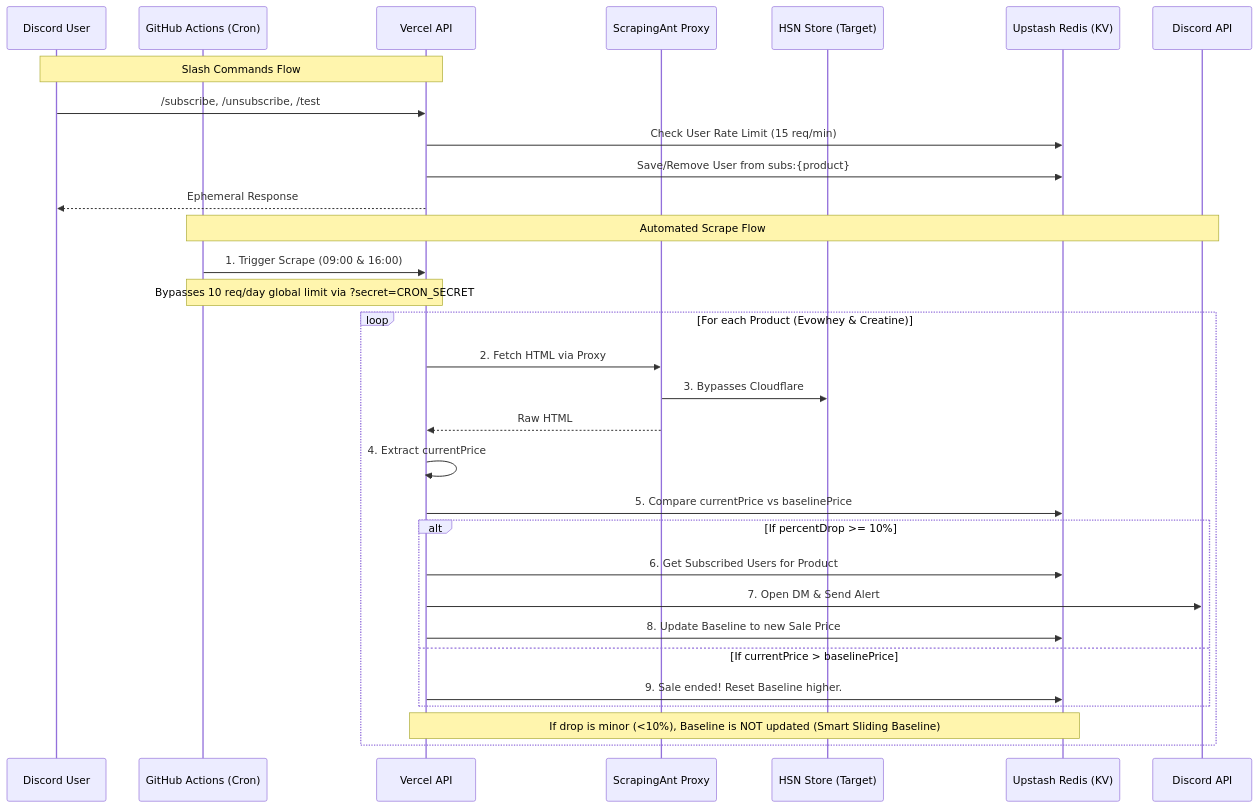
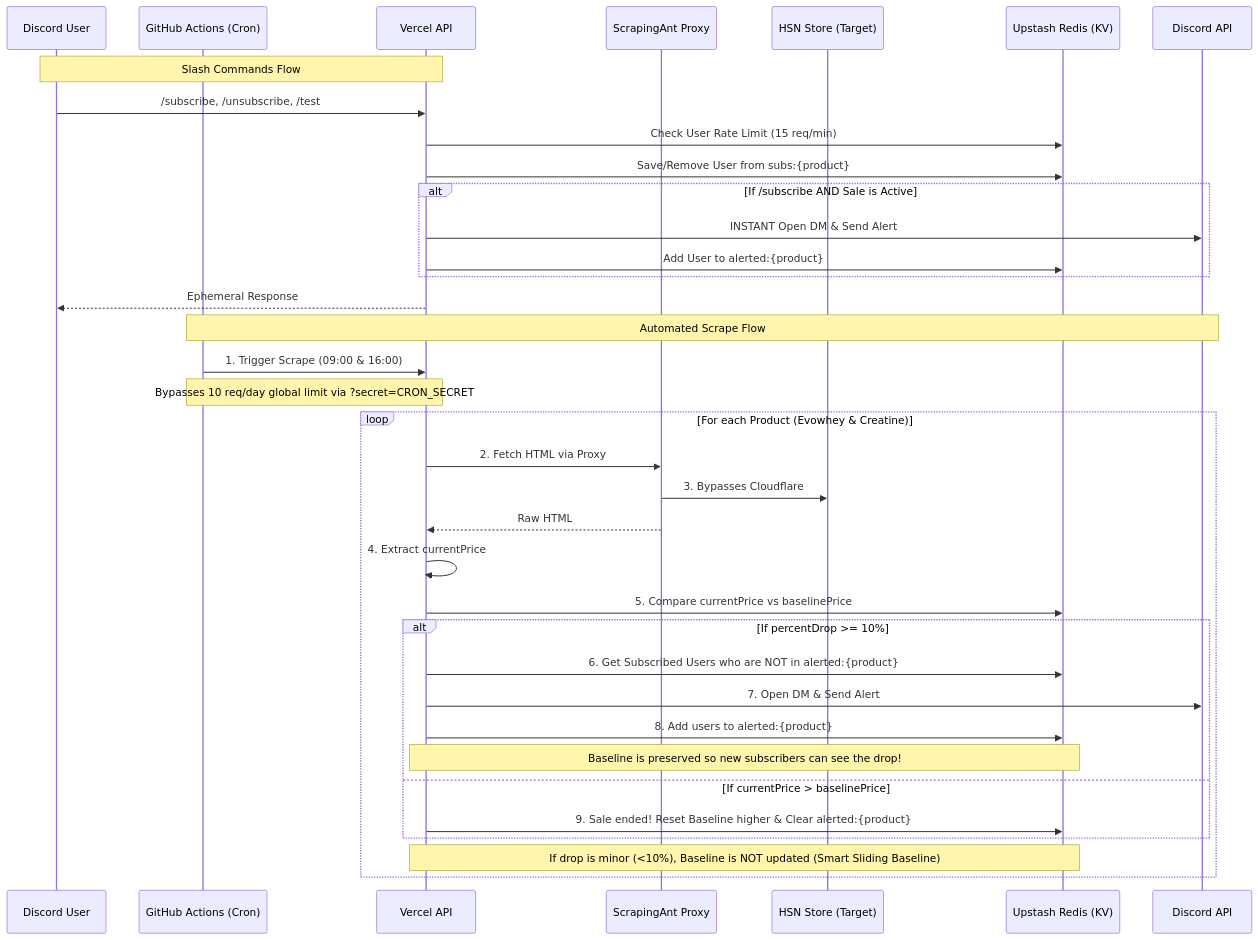
The diagram in README.md (JoaoCodificacoes/hsn-scraper), drawn with Mermaid before and after one commit. The commit also changed other lines of this file, not shown here.

Commit message:
docs: Document instant mid-sale alerts and alerted set logic

````diff
--- a/README.md
+++ b/README.md
@@ -9,38 +9,43 @@
 ```mermaid
 sequenceDiagram
     participant User as Discord User
     participant GitHub as GitHub Actions (Cron)
     participant Vercel as Vercel API
     participant Scraper as ScrapingAnt Proxy
     participant HSN as HSN Store (Target)
     participant Redis as Upstash Redis (KV)
     participant Discord as Discord API
 
     Note over User,Vercel: Slash Commands Flow
     User->>Vercel: /subscribe, /unsubscribe, /test
     Vercel->>Redis: Check User Rate Limit (15 req/min)
     Vercel->>Redis: Save/Remove User from subs:{product}
+    alt If /subscribe AND Sale is Active
+        Vercel->>Discord: INSTANT Open DM & Send Alert
+        Vercel->>Redis: Add User to alerted:{product}
+    end
     Vercel-->>User: Ephemeral Response
     
     Note over GitHub,Discord: Automated Scrape Flow
     GitHub->>Vercel: 1. Trigger Scrape (09:00 & 16:00)
     Note over GitHub,Vercel: Bypasses 10 req/day global limit via ?secret=CRON_SECRET
     
     loop For each Product (Evowhey & Creatine)
         Vercel->>Scraper: 2. Fetch HTML via Proxy
         Scraper->>HSN: 3. Bypasses Cloudflare
         Scraper-->>Vercel: Raw HTML
         
         Vercel->>Vercel: 4. Extract currentPrice
         Vercel->>Redis: 5. Compare currentPrice vs baselinePrice
         
         alt If percentDrop >= 10%
-            Vercel->>Redis: 6. Get Subscribed Users for Product
+            Vercel->>Redis: 6. Get Subscribed Users who are NOT in alerted:{product}
             Vercel->>Discord: 7. Open DM & Send Alert
-            Vercel->>Redis: 8. Update Baseline to new Sale Price
+            Vercel->>Redis: 8. Add users to alerted:{product}
+            Note over Vercel,Redis: Baseline is preserved so new subscribers can see the drop!
         else If currentPrice > baselinePrice
-            Vercel->>Redis: 9. Sale ended! Reset Baseline higher.
+            Vercel->>Redis: 9. Sale ended! Reset Baseline higher & Clear alerted:{product}
         end
         Note over Vercel,Redis: If drop is minor (<10%), Baseline is NOT updated (Smart Sliding Baseline)
     end
 ```
````
